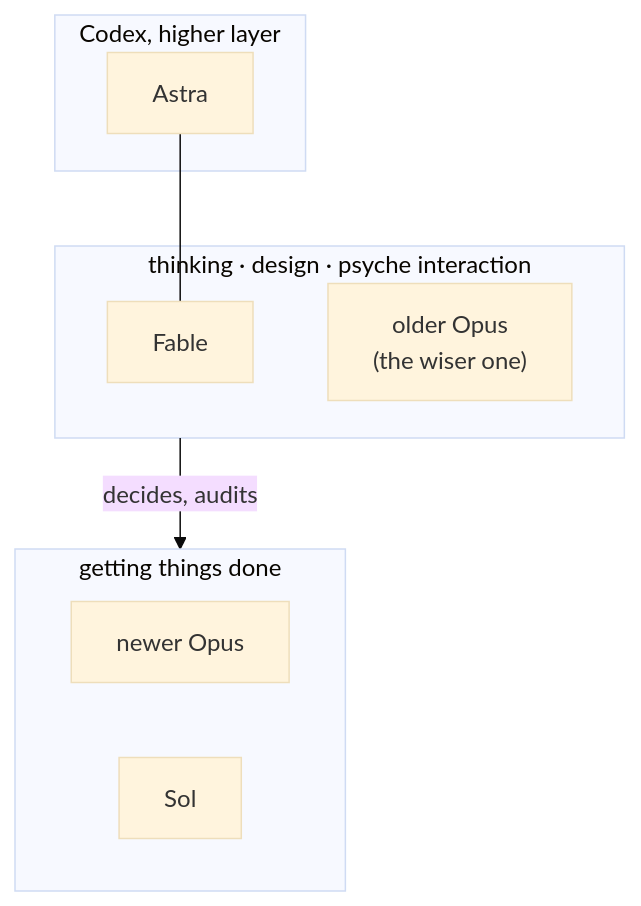
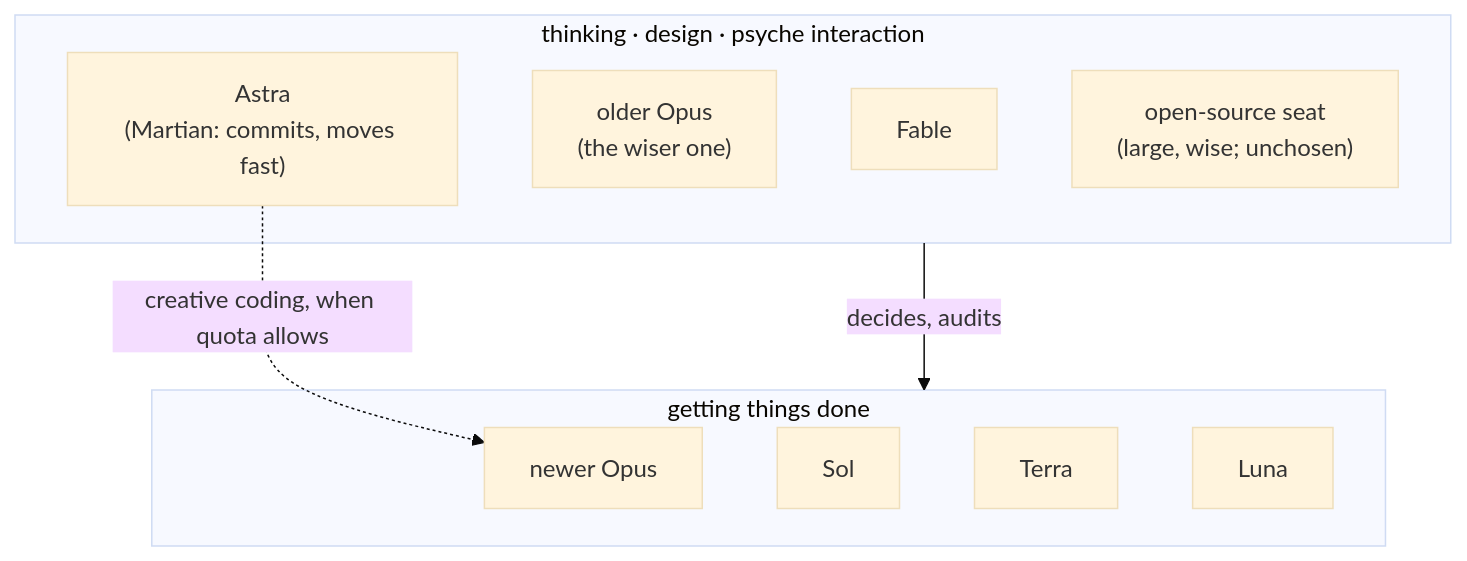
The third of 4 diagrams in flows/f55ec8/reports/ideaBook-layers.md (LiGoldragon/primary), drawn with Mermaid (base theme) before and after one commit. The commit also changed other lines of this file and 2 other files, not shown here.

Commit message:
Model-role vision; slide 3 of the layers book rewritten
Claude-Session: https://claude.ai/code/session_01AVEAouiVqnHB5igBnRp9Ch

````diff
--- a/flows/f55ec8/reports/ideaBook-layers.md
+++ b/flows/f55ec8/reports/ideaBook-layers.md
@@ -44,16 +44,17 @@
 ```mermaid
 flowchart TB
   subgraph think["thinking · design · psyche interaction"]
     F["Fable"]
     O["older Opus\n(the wiser one)"]
+    A["Astra\n(Martian: commits, moves fast)"]
+    X["open-source seat\n(large, wise; unchosen)"]
   end
   subgraph do["getting things done"]
     N["newer Opus"]
     So["Sol"]
-  end
-  subgraph codexHigh["Codex, higher layer"]
-    A["Astra"]
+    T["Terra"]
+    Lu["Luna"]
   end
   think -->|"decides, audits"| do
-  A --- F
+  A -.->|"creative coding, when quota allows"| N
 ```
````
